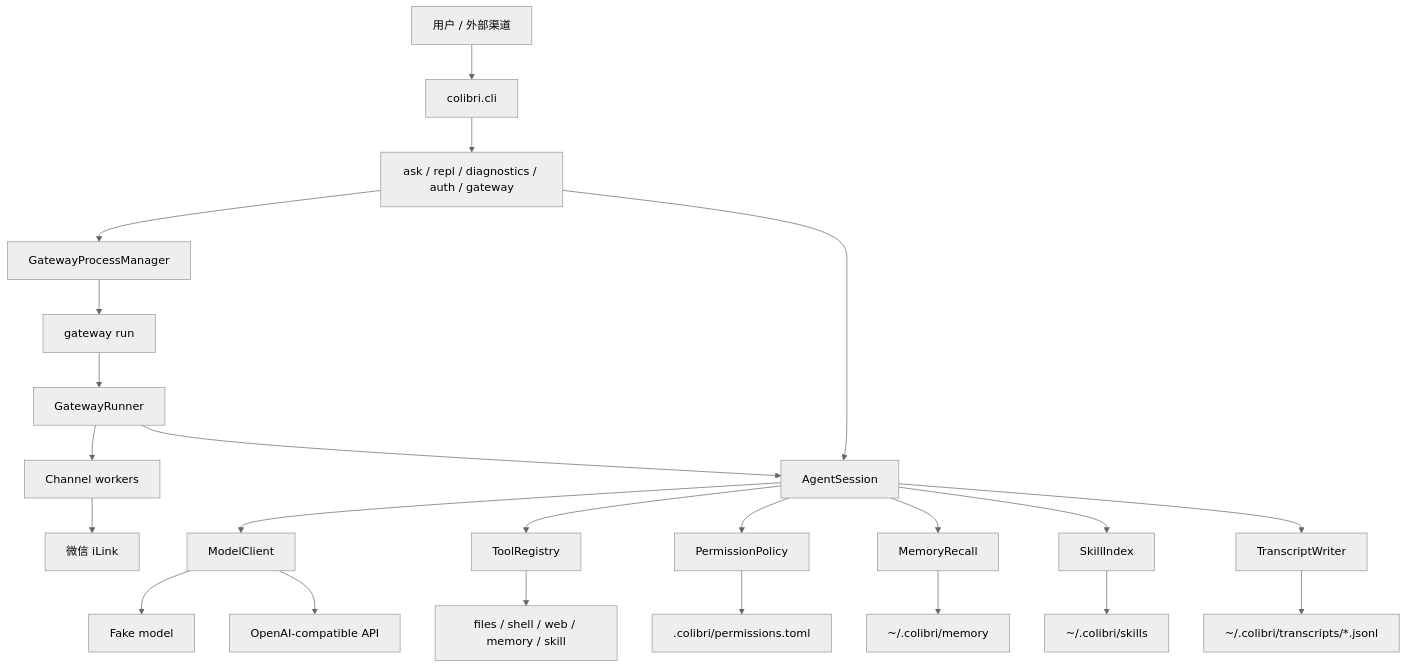
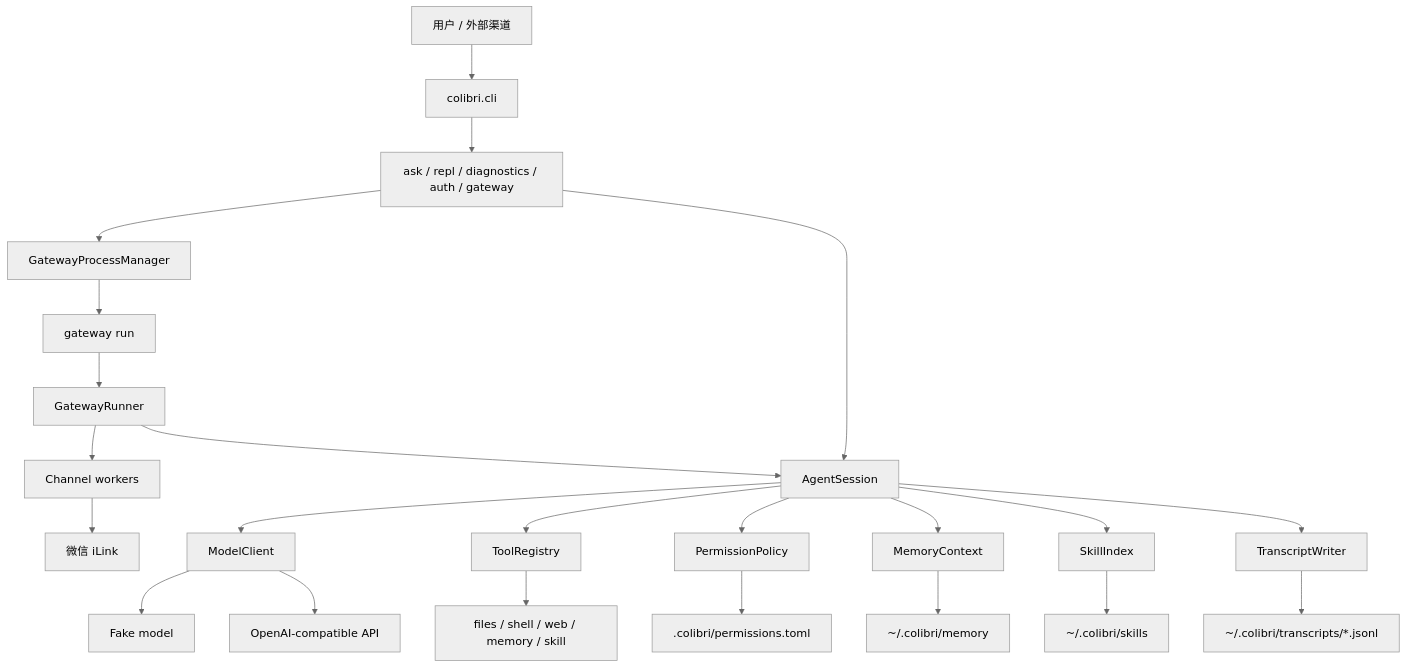
The diagram in README.zh-CN.md (yunbudong11114/colibri), drawn with Mermaid (neutral theme) before and after one commit. The commit also changed other lines of this file and 30 other files, not shown here.

````diff
--- a/README.zh-CN.md
+++ b/README.zh-CN.md
@@ -26,25 +26,25 @@
 ```mermaid
 flowchart TD
     User["用户 / 外部渠道"] --> CLI["colibri.cli"]
     CLI --> Commands["ask / repl / diagnostics / auth / gateway"]
     Commands --> Session["AgentSession"]
     Commands --> GatewayProc["GatewayProcessManager"]
     GatewayProc --> GatewayRun["gateway run"]
     GatewayRun --> Gateway["GatewayRunner"]
     Gateway --> Channels["Channel workers"]
     Channels --> Weixin["微信 iLink"]
     Gateway --> Session
     Session --> Model["ModelClient"]
     Model --> Fake["Fake model"]
     Model --> OpenAI["OpenAI-compatible API"]
     Session --> Registry["ToolRegistry"]
     Registry --> Tools["files / shell / web / memory / skill"]
     Session --> Permissions["PermissionPolicy"]
     Permissions --> ProjectPerms[".colibri/permissions.toml"]
-    Session --> Memory["MemoryRecall"]
+    Session --> Memory["MemoryContext"]
     Memory --> MemoryFiles["~/.colibri/memory"]
     Session --> Skills["SkillIndex"]
     Skills --> SkillFiles["~/.colibri/skills"]
     Session --> Transcript["TranscriptWriter"]
     Transcript --> TranscriptFiles["~/.colibri/transcripts/*.jsonl"]
 ```
````
